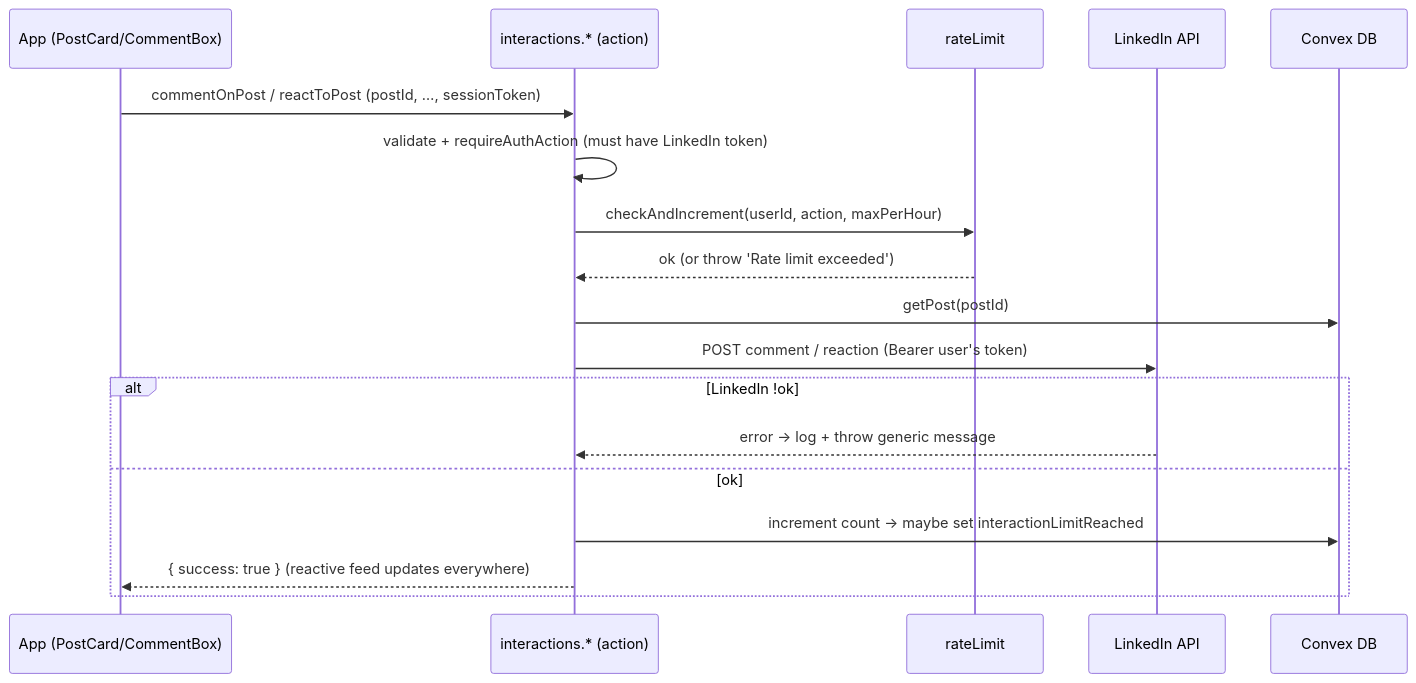
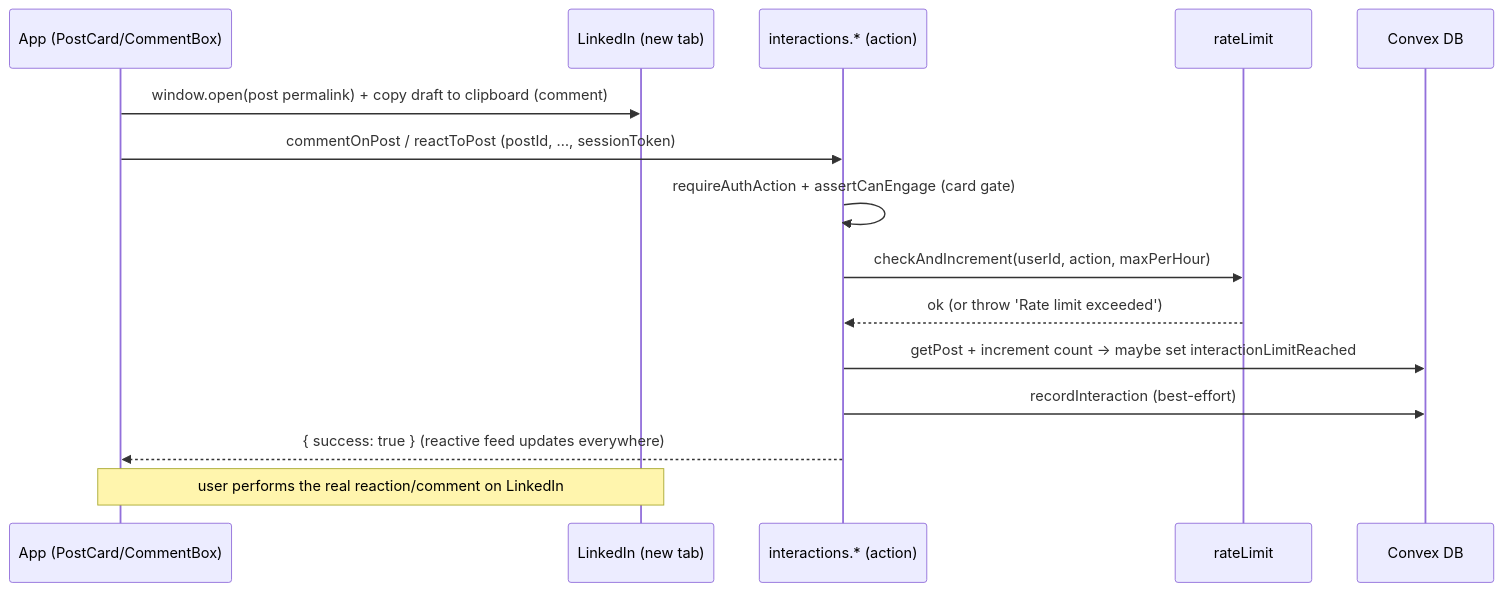
Diagram 11 of 21 in docs/PLATFORM.md (henriko202/glowing-octo-guide), drawn with Mermaid before and after one commit. The commit also changed other lines of this file and 24 other files, not shown here.

````diff
--- a/docs/PLATFORM.md
+++ b/docs/PLATFORM.md
@@ -1234,21 +1246,18 @@
 ```mermaid
 sequenceDiagram
   participant A as App (PostCard/CommentBox)
+  participant LI as LinkedIn (new tab)
   participant I as interactions.* (action)
   participant RL as rateLimit
-  participant LI as LinkedIn API
   participant DB as Convex DB
 
+  A->>LI: window.open(post permalink) + copy draft to clipboard (comment)
   A->>I: commentOnPost / reactToPost (postId, …, sessionToken)
-  I->>I: validate + requireAuthAction (must have LinkedIn token)
+  I->>I: requireAuthAction + assertCanEngage (card gate)
   I->>RL: checkAndIncrement(userId, action, maxPerHour)
   RL-->>I: ok (or throw 'Rate limit exceeded')
-  I->>DB: getPost(postId)
-  I->>LI: POST comment / reaction (Bearer user's token)
-  alt LinkedIn !ok
-    LI-->>I: error → log + throw generic message
-  else ok
-    I->>DB: increment count → maybe set interactionLimitReached
-    I-->>A: { success: true }  (reactive feed updates everywhere)
-  end
+  I->>DB: getPost + increment count → maybe set interactionLimitReached
+  I->>DB: recordInteraction (best-effort)
+  I-->>A: { success: true }  (reactive feed updates everywhere)
+  Note over A,LI: user performs the real reaction/comment on LinkedIn
 ```
````
